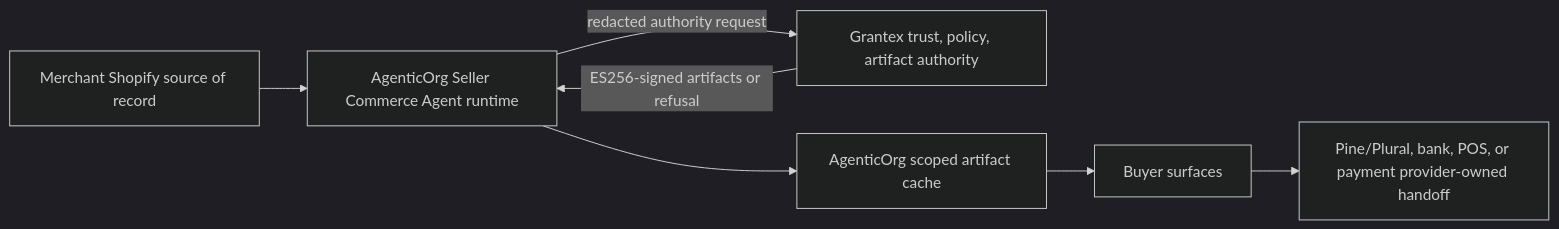
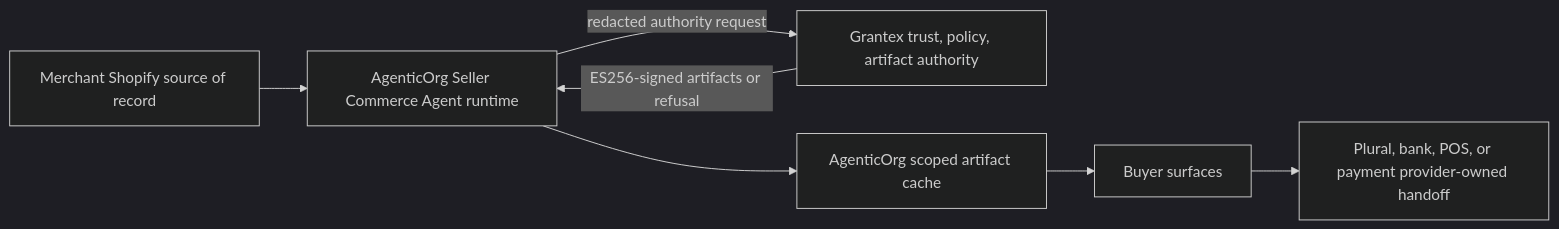
One commit to mishrasanjeev/grantex changed the diagram in docs/guides/oacp/runtime-launch-closure-prd.mdx. Above: the diagram before and after it, drawn with Mermaid (dark theme). The commit also changed other lines of this file and 51 other files, not shown here.

First line of the commit message:
docs: describe payment and POS rails without partnership language

````diff
--- a/docs/guides/oacp/runtime-launch-closure-prd.mdx
+++ b/docs/guides/oacp/runtime-launch-closure-prd.mdx
@@ -40,9 +40,9 @@
 ```mermaid
 flowchart LR
   shopify[Merchant Shopify source of record] --> agentic[AgenticOrg Seller Commerce Agent runtime]
   agentic -->|redacted authority request| grantex[Grantex trust, policy, artifact authority]
   grantex -->|ES256-signed artifacts or refusal| agentic
   agentic --> cache[AgenticOrg scoped artifact cache]
   cache --> buyer[Buyer surfaces]
-  buyer --> provider[Pine/Plural, bank, POS, or payment provider-owned handoff]
+  buyer --> provider[Plural, bank, POS, or payment provider-owned handoff]
 ```
````
